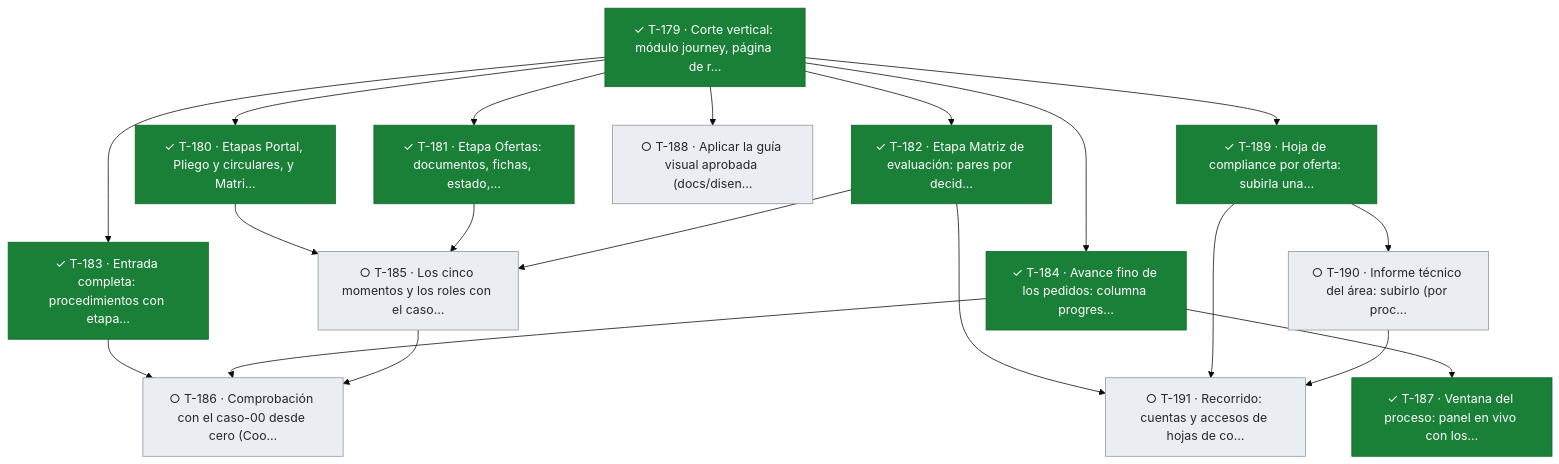
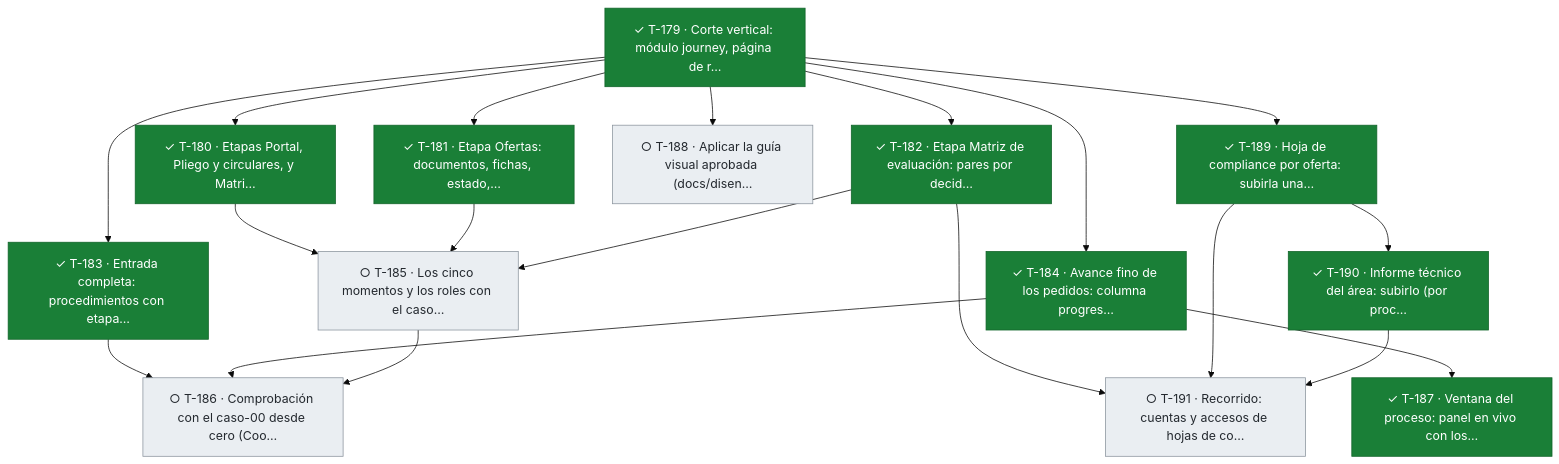
Diagram 13 of 13 in docs/tablero.md (snavello/EVALUON), drawn with Mermaid (base theme) before and after one commit. The commit also changed other lines of this file and 1 other file, not shown here.

````diff
--- a/docs/tablero.md
+++ b/docs/tablero.md
@@ -984,39 +984,39 @@
 ```mermaid
 flowchart TD
   T179["✓ T-179 · Corte vertical: módulo journey, página de r…"]:::done
   T180["✓ T-180 · Etapas Portal, Pliego y circulares, y Matri…"]:::done
   T181["✓ T-181 · Etapa Ofertas: documentos, fichas, estado,…"]:::done
   T182["✓ T-182 · Etapa Matriz de evaluación: pares por decid…"]:::done
   T183["✓ T-183 · Entrada completa: procedimientos con etapa…"]:::done
   T184["✓ T-184 · Avance fino de los pedidos: columna progres…"]:::done
   T187["✓ T-187 · Ventana del proceso: panel en vivo con los…"]:::done
   T188["○ T-188 · Aplicar la guía visual aprobada (docs/disen…"]:::todo
   T189["✓ T-189 · Hoja de compliance por oferta: subirla una…"]:::done
-  T190["○ T-190 · Informe técnico del área: subirlo (por proc…"]:::todo
+  T190["✓ T-190 · Informe técnico del área: subirlo (por proc…"]:::done
   T191["○ T-191 · Recorrido: cuentas y accesos de hojas de co…"]:::todo
   T185["○ T-185 · Los cinco momentos y los roles con el caso…"]:::todo
   T186["○ T-186 · Comprobación con el caso-00 desde cero (Coo…"]:::todo
   T179 --> T180
   T179 --> T181
   T179 --> T182
   T179 --> T183
   T179 --> T184
   T184 --> T187
   T179 --> T188
   T179 --> T189
   T189 --> T190
   T182 --> T191
   T189 --> T191
   T190 --> T191
   T180 --> T185
   T181 --> T185
   T182 --> T185
   T183 --> T186
   T184 --> T186
   T185 --> T186
   classDef done fill:#1a7f37,stroke:#116329,color:#ffffff
   classDef review fill:#0969da,stroke:#0550ae,color:#ffffff
   classDef active fill:#bf8700,stroke:#7d4e00,color:#ffffff
   classDef blocked fill:#cf222e,stroke:#a40e26,color:#ffffff
   classDef todo fill:#eaeef2,stroke:#8c959f,color:#24292f
 ```
````
